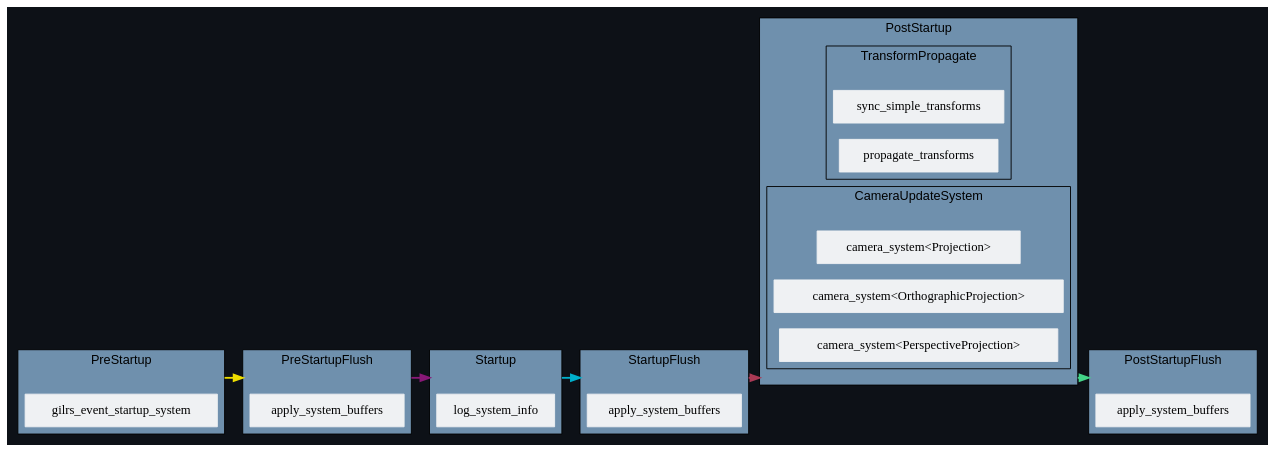
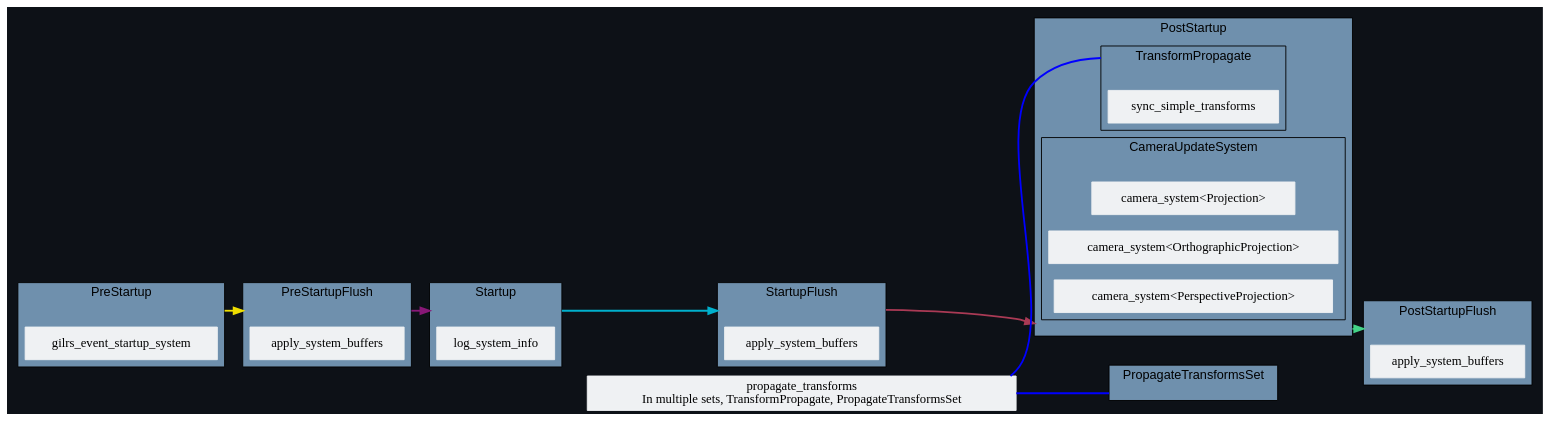
Before and after one commit to jakobhellermann/bevy_mod_debugdump: the diagram in docs/schedule/dark/schedule_Startup.dot, drawn with Graphviz. The commit also changed 79 other files, not shown here.

```diff
--- a/docs/schedule/dark/schedule_Startup.dot
+++ b/docs/schedule/dark/schedule_Startup.dot
@@ -1,88 +1,99 @@
 digraph "" {
 	"compound"="true";
 	"splines"="spline";
 	"rankdir"="LR";
 	"bgcolor"="#0d1117";
 	"fontname"="Helvetica";
 	edge ["penwidth"="2"];
 	node ["shape"="box", "style"="filled", "fillcolor"="#eff1f3", "color"="#eff1f3"];
 	subgraph "clusternode_Set(0)" {
 		"label"="Startup";
 		"tooltip"="Startup";
 		"bgcolor"="#6f90ad";
 		"color"="black";
 		"set_marker_node_Set(0)" ["style"="invis", "label"="", "height"="0", "shape"="point"]
 		"node_System(5)" ["label"="log_system_info", "tooltip"="bevy_diagnostic::system_information_diagnostics_plugin::internal::log_system_info"]
 	}
 	
 	subgraph "clusternode_Set(2)" {
 		"label"="PreStartupFlush";
 		"tooltip"="PreStartupFlush";
 		"bgcolor"="#6f90ad";
 		"color"="black";
 		"set_marker_node_Set(2)" ["style"="invis", "label"="", "height"="0", "shape"="point"]
 		"node_System(0)" ["label"="apply_system_buffers", "tooltip"="bevy_ecs::schedule::executor::apply_system_buffers"]
 	}
 	
 	subgraph "clusternode_Set(3)" {
 		"label"="StartupFlush";
 		"tooltip"="StartupFlush";
 		"bgcolor"="#6f90ad";
 		"color"="black";
 		"set_marker_node_Set(3)" ["style"="invis", "label"="", "height"="0", "shape"="point"]
 		"node_System(1)" ["label"="apply_system_buffers", "tooltip"="bevy_ecs::schedule::executor::apply_system_buffers"]
 	}
 	
 	subgraph "clusternode_Set(4)" {
 		"label"="PostStartupFlush";
 		"tooltip"="PostStartupFlush";
 		"bgcolor"="#6f90ad";
 		"color"="black";
 		"set_marker_node_Set(4)" ["style"="invis", "label"="", "height"="0", "shape"="point"]
 		"node_System(2)" ["label"="apply_system_buffers", "tooltip"="bevy_ecs::schedule::executor::apply_system_buffers"]
 	}
 	
 	subgraph "clusternode_Set(5)" {
 		"label"="PreStartup";
 		"tooltip"="PreStartup";
 		"bgcolor"="#6f90ad";
 		"color"="black";
 		"set_marker_node_Set(5)" ["style"="invis", "label"="", "height"="0", "shape"="point"]
 		"node_System(9)" ["label"="gilrs_event_startup_system", "tooltip"="bevy_gilrs::gilrs_system::gilrs_event_startup_system"]
 	}
 	
 	subgraph "clusternode_Set(6)" {
 		"label"="PostStartup";
 		"tooltip"="PostStartup";
 		"bgcolor"="#6f90ad";
 		"color"="black";
 		"set_marker_node_Set(6)" ["style"="invis", "label"="", "height"="0", "shape"="point"]
 		subgraph "clusternode_Set(7)" {
 			"label"="TransformPropagate";
 			"tooltip"="TransformPropagate";
 			"bgcolor"="#6f90ad";
 			"color"="black";
 			"set_marker_node_Set(7)" ["style"="invis", "label"="", "height"="0", "shape"="point"]
 			"node_System(3)" ["label"="sync_simple_transforms", "tooltip"="bevy_transform::systems::sync_simple_transforms"]
-			"node_System(4)" ["label"="propagate_transforms", "tooltip"="bevy_transform::systems::propagate_transforms"]
 		}
 		
-		subgraph "clusternode_Set(11)" {
+		subgraph "clusternode_Set(12)" {
 			"label"="CameraUpdateSystem";
 			"tooltip"="CameraUpdateSystem";
 			"bgcolor"="#6f90ad";
 			"color"="black";
-			"set_marker_node_Set(11)" ["style"="invis", "label"="", "height"="0", "shape"="point"]
+			"set_marker_node_Set(12)" ["style"="invis", "label"="", "height"="0", "shape"="point"]
 			"node_System(6)" ["label"="camera_system<Projection>", "tooltip"="bevy_render::camera::camera::camera_system<bevy_render::camera::projection::Projection>"]
 			"node_System(7)" ["label"="camera_system<OrthographicProjection>", "tooltip"="bevy_render::camera::camera::camera_system<bevy_render::camera::projection::OrthographicProjection>"]
 			"node_System(8)" ["label"="camera_system<PerspectiveProjection>", "tooltip"="bevy_render::camera::camera::camera_system<bevy_render::camera::projection::PerspectiveProjection>"]
 		}
 		
 	}
 	
+	subgraph "clusternode_Set(9)" {
+		"label"="PropagateTransformsSet";
+		"tooltip"="PropagateTransformsSet";
+		"bgcolor"="#6f90ad";
+		"color"="black";
+		"set_marker_node_Set(9)" ["style"="invis", "label"="", "height"="0", "shape"="point"]
+	}
+	
+	"node_System(4)" -> "set_marker_node_Set(7)" ["dir"="none", "color"="blue", "lhead"="clusternode_Set(7)"]
+	"node_System(4)" -> "set_marker_node_Set(9)" ["dir"="none", "color"="blue", "lhead"="clusternode_Set(9)"]
+	"node_System(4)" ["label"="propagate_transforms
+In multiple sets, TransformPropagate, PropagateTransformsSet", "tooltip"="bevy_transform::systems::propagate_transforms"]
 	"set_marker_node_Set(5)" -> "set_marker_node_Set(2)" ["lhead"="clusternode_Set(2)", "ltail"="clusternode_Set(5)", "tooltip"="PreStartup → PreStartupFlush", "color"="#eede00"]
 	"set_marker_node_Set(2)" -> "set_marker_node_Set(0)" ["lhead"="clusternode_Set(0)", "ltail"="clusternode_Set(2)", "tooltip"="PreStartupFlush → Startup", "color"="#881877"]
 	"set_marker_node_Set(0)" -> "set_marker_node_Set(3)" ["lhead"="clusternode_Set(3)", "ltail"="clusternode_Set(0)", "tooltip"="Startup → StartupFlush", "color"="#00b0cc"]
 	"set_marker_node_Set(3)" -> "set_marker_node_Set(6)" ["lhead"="clusternode_Set(6)", "ltail"="clusternode_Set(3)", "tooltip"="StartupFlush → PostStartup", "color"="#aa3a55"]
 	"set_marker_node_Set(6)" -> "set_marker_node_Set(4)" ["lhead"="clusternode_Set(4)", "ltail"="clusternode_Set(6)", "tooltip"="PostStartup → PostStartupFlush", "color"="#44d488"]
 }
```
